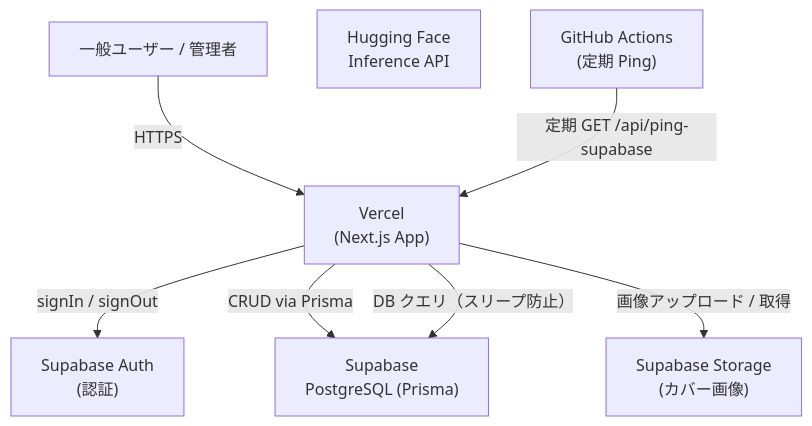
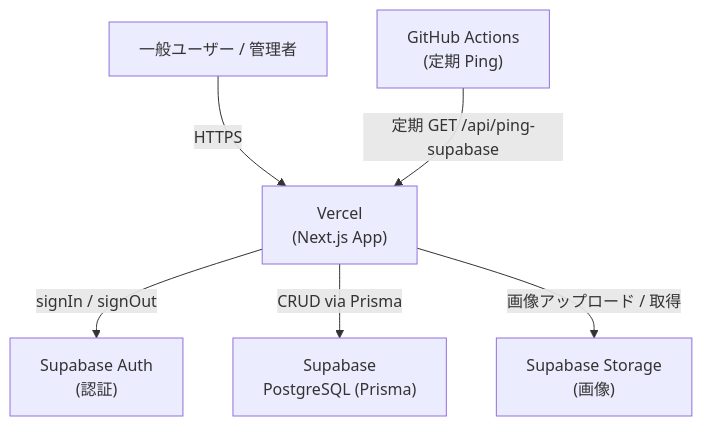
The diagram in README.md (clay-kent/nextjs), drawn with Mermaid before and after one commit. The commit also changed other lines of this file and 1 other file, not shown here.

````diff
--- a/README.md
+++ b/README.md
@@ -74,17 +80,15 @@
 ```mermaid
 graph TD
     User["一般ユーザー / 管理者"]
     Vercel["Vercel\n(Next.js App)"]
     Supabase_Auth["Supabase Auth\n(認証)"]
     Supabase_DB["Supabase\nPostgreSQL (Prisma)"]
-    Supabase_Storage["Supabase Storage\n(カバー画像)"]
-    HuggingFace["Hugging Face\nInference API"]
+    Supabase_Storage["Supabase Storage\n(画像)"]
     GA["GitHub Actions\n(定期 Ping)"]
 
     User -->|HTTPS| Vercel
     Vercel -->|signIn / signOut| Supabase_Auth
     Vercel -->|CRUD via Prisma| Supabase_DB
     Vercel -->|画像アップロード / 取得| Supabase_Storage
     GA -->|定期 GET /api/ping-supabase| Vercel
-    Vercel -->|DB クエリ（スリープ防止）| Supabase_DB
 ```
````
